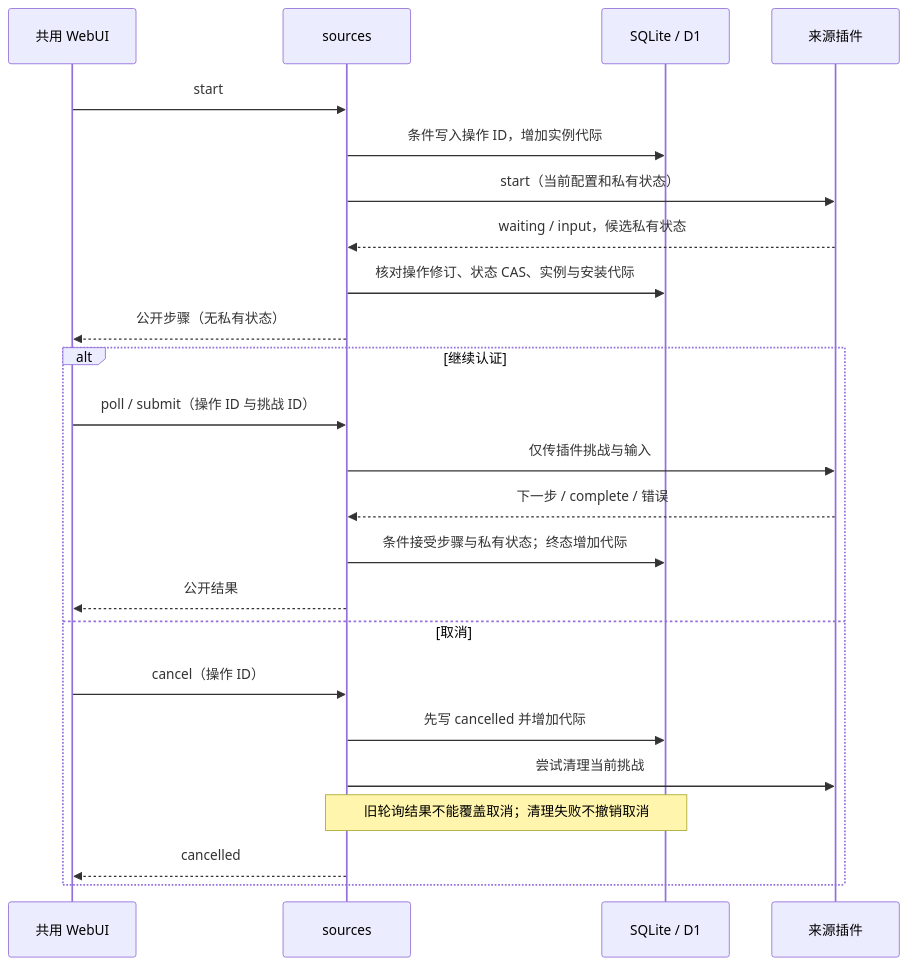
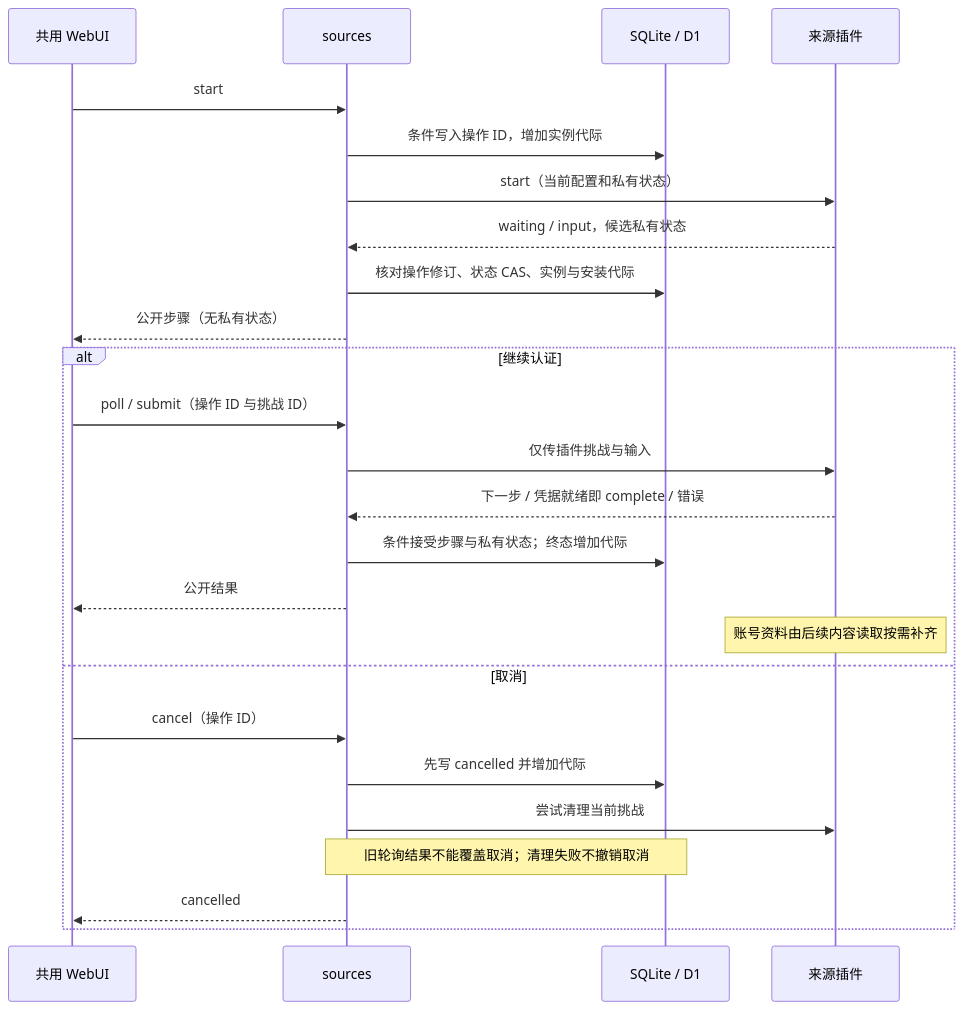
One commit to shengyusi-SYS/musicfs changed the fifth of 13 diagrams in docs/architecture/diagrams.md. Above: the diagram before and after it, drawn with Mermaid. The commit also changed other lines of this file and 21 other files, not shown here.

````diff
--- a/docs/architecture/diagrams.md
+++ b/docs/architecture/diagrams.md
@@ -161,26 +161,27 @@
 ```mermaid
 sequenceDiagram
   participant W as 共用 WebUI
   participant S as sources
   participant D as SQLite / D1
   participant P as 来源插件
   W->>S: start
   S->>D: 条件写入操作 ID，增加实例代际
   S->>P: start（当前配置和私有状态）
   P-->>S: waiting / input，候选私有状态
   S->>D: 核对操作修订、状态 CAS、实例与安装代际
   S-->>W: 公开步骤（无私有状态）
   alt 继续认证
     W->>S: poll / submit（操作 ID 与挑战 ID）
     S->>P: 仅传插件挑战与输入
-    P-->>S: 下一步 / complete / 错误
+    P-->>S: 下一步 / 凭据就绪即 complete / 错误
     S->>D: 条件接受步骤与私有状态；终态增加代际
     S-->>W: 公开结果
+    Note over P: 账号资料由后续内容读取按需补齐
   else 取消
     W->>S: cancel（操作 ID）
     S->>D: 先写 cancelled 并增加代际
     S->>P: 尝试清理当前挑战
     Note over S,D: 旧轮询结果不能覆盖取消；清理失败不撤销取消
     S-->>W: cancelled
   end
 ```
````
